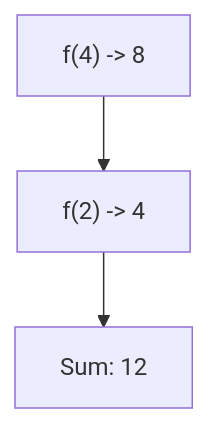
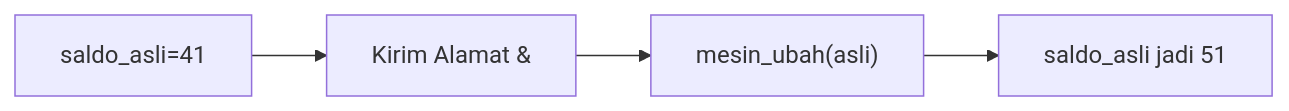
Before and after one commit to amnahwaida/OSNK_INF_PREP: the sixth of 25 diagrams in part-c-pemahaman-cpp/04-fungsi/latihan/set-10.md, drawn with Mermaid. The commit also changed other lines of this file and 71 other files, not shown here.

````diff
--- a/part-c-pemahaman-cpp/04-fungsi/latihan/set-10.md
+++ b/part-c-pemahaman-cpp/04-fungsi/latihan/set-10.md
@@ -152,5 +161,6 @@
 ```mermaid
-graph TD
-A["f(4) -> 8"] --> B["f(2) -> 4"]
-B --> C["Sum: 12"]
+graph LR
+A["saldo_asli=41"] --> B["Kirim Alamat &"]
+B --> C["mesin_ubah(asli)"]
+C --> D["saldo_asli jadi 51"]
 ```
````
